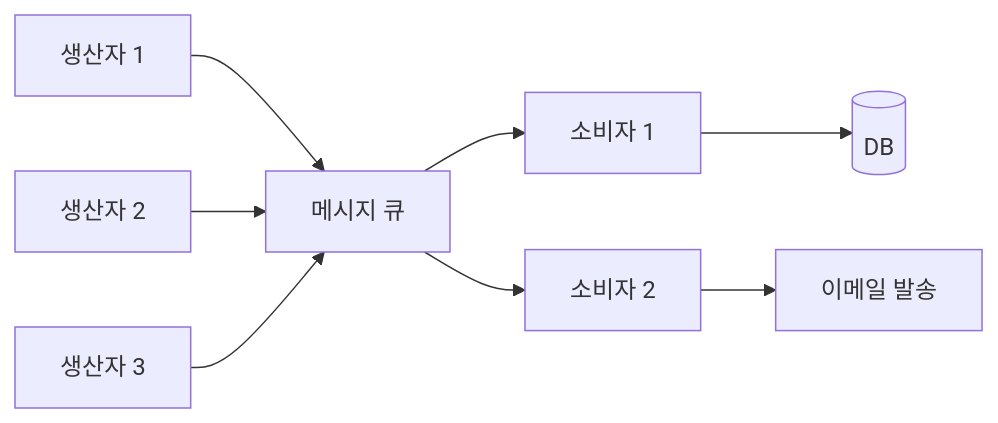
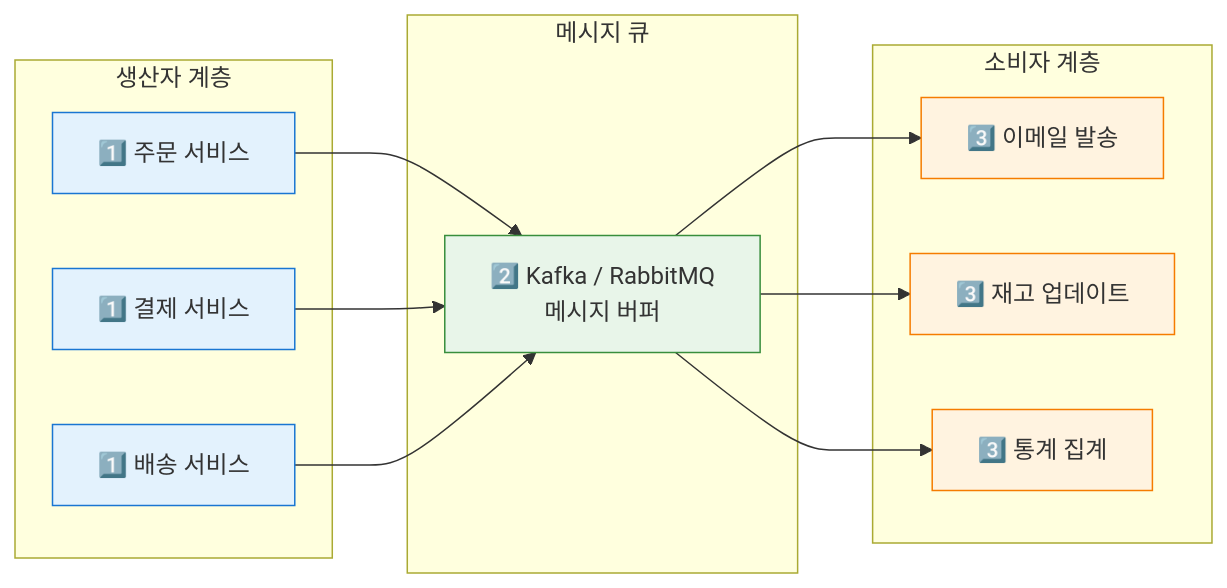
Before and after one commit to yjkim2015/yjkim2015.github.io: diagram 13 of 17 in _posts/systemdesign/2026-05-02-system-design-fundamentals.md, drawn with Mermaid. The commit also changed other lines of this file and 32 other files, not shown here.

````diff
--- a/_posts/systemdesign/2026-05-02-system-design-fundamentals.md
+++ b/_posts/systemdesign/2026-05-02-system-design-fundamentals.md
@@ -465,12 +610,30 @@
-```mermaid
+<div class="mermaid">
 graph LR
-    P1[생산자 1] --> MQ[메시지 큐]
-    P2[생산자 2] --> MQ
-    P3[생산자 3] --> MQ
+    subgraph "생산자 계층"
+        P1["1️⃣ 주문 서비스"]
+        P2["1️⃣ 결제 서비스"]
+        P3["1️⃣ 배송 서비스"]
+    end
+    subgraph "메시지 큐"
+        MQ["2️⃣ Kafka / RabbitMQ\n메시지 버퍼"]
+    end
+    subgraph "소비자 계층"
+        C1["3️⃣ 이메일 발송"]
+        C2["3️⃣ 재고 업데이트"]
+        C3["3️⃣ 통계 집계"]
+    end
 
-    MQ --> C1[소비자 1]
-    MQ --> C2[소비자 2]
+    P1 --> MQ
+    P2 --> MQ
+    P3 --> MQ
+    MQ --> C1
+    MQ --> C2
+    MQ --> C3
 
-    C1 --> DB[(DB)]
-    C2 --> Email[이메일 발송]
-```
+    classDef client fill:#e3f2fd,stroke:#1976d2
+    classDef server fill:#e8f5e9,stroke:#388e3c
+    classDef db fill:#fff3e0,stroke:#f57c00
+    class P1,P2,P3 client
+    class MQ server
+    class C1,C2,C3 db
+</div>
````
